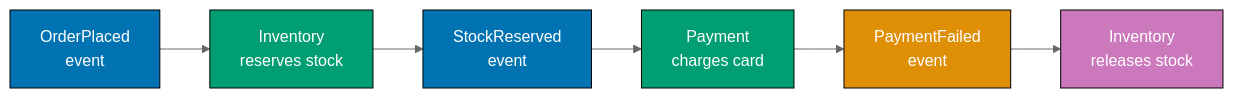
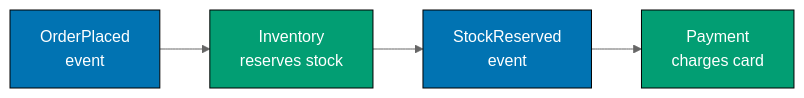
One commit to wahidyankf/open-sharia-enterprise changed the fourth of 18 diagrams in apps/ayokoding-web/content/en/learn/software-engineering/software-architecture/patterns-and-principles/in-fp-by-example/advanced.md. Above: the diagram before and after it, drawn with Mermaid (neutral theme). The commit also changed other lines of this file and 11 other files, not shown here.

First line of the commit message:
fix(ayokoding-web): repair 28 mermaid violations in expansion files

````diff
--- a/apps/ayokoding-web/content/en/learn/software-engineering/software-architecture/patterns-and-principles/in-fp-by-example/advanced.md
+++ b/apps/ayokoding-web/content/en/learn/software-engineering/software-architecture/patterns-and-principles/in-fp-by-example/advanced.md
@@ -735,15 +737,11 @@
 ```mermaid
 graph LR
     A["OrderPlaced<br/>event"] --> B["Inventory<br/>reserves stock"]
     B --> C["StockReserved<br/>event"]
     C --> D["Payment<br/>charges card"]
-    D --> E["PaymentFailed<br/>event"]
-    E --> F["Inventory<br/>releases stock"]
 
     style A fill:#0173B2,stroke:#000,color:#fff
     style B fill:#029E73,stroke:#000,color:#fff
     style C fill:#0173B2,stroke:#000,color:#fff
     style D fill:#029E73,stroke:#000,color:#fff
-    style E fill:#DE8F05,stroke:#000,color:#fff
-    style F fill:#CC78BC,stroke:#000,color:#fff
 ```
````
